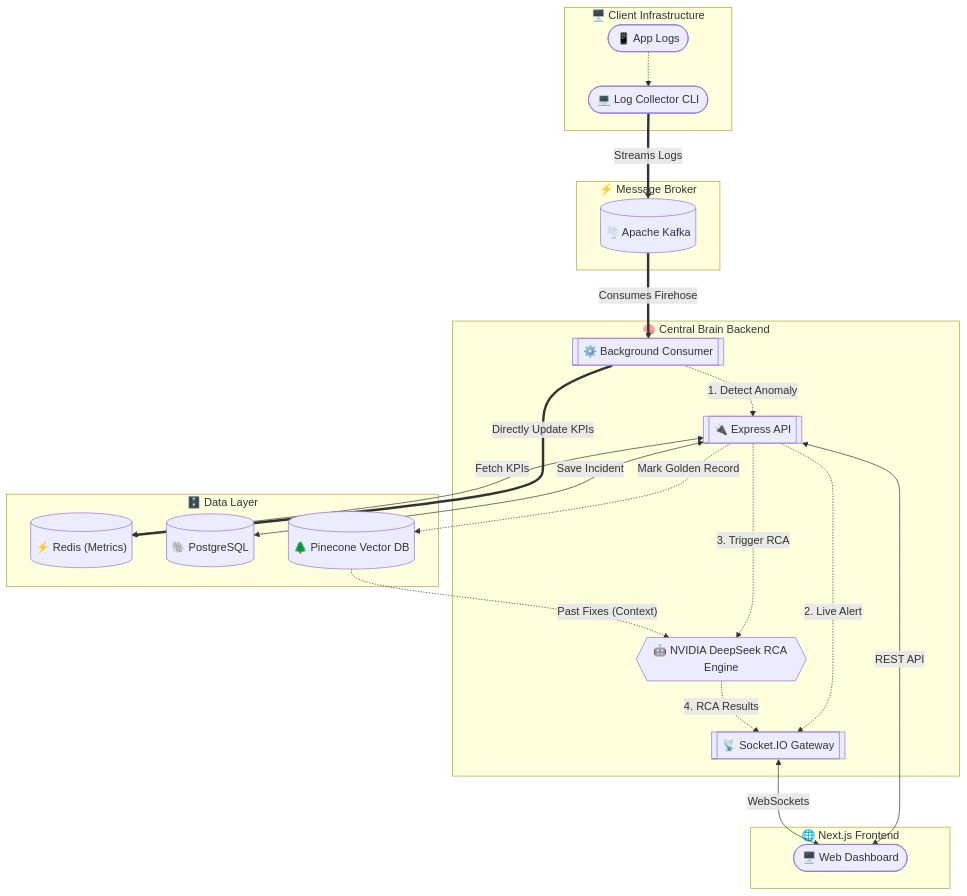
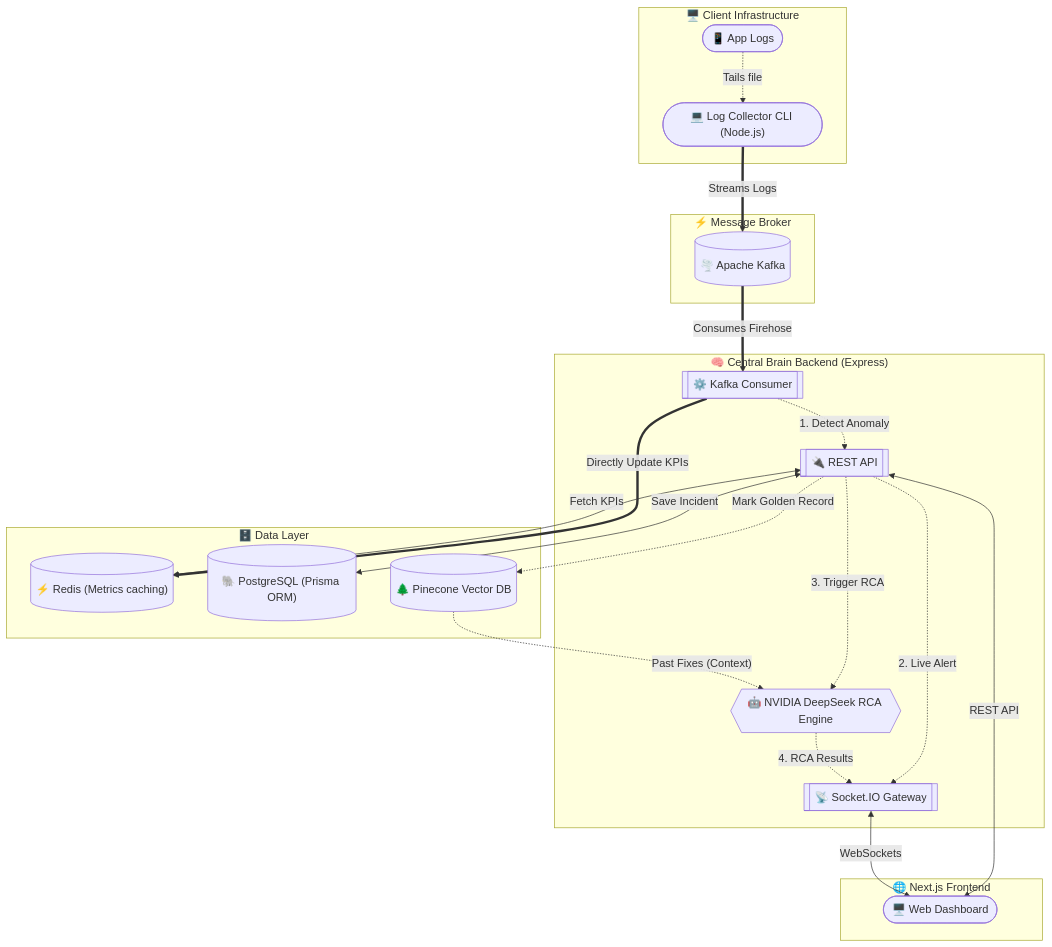
One commit to jithendrajasti/AIOPS-SENTINEL changed the first of 2 diagrams in README.md. Above: the diagram before and after it, drawn with Mermaid. The commit also changed other lines of this file, not shown here.

````diff
--- a/README.md
+++ b/README.md
@@ -34,49 +10,49 @@
 ```mermaid
 flowchart TD
     subgraph Client ["🖥️ Client Infrastructure"]
         APP(["📱 App Logs"])
-        LC(["💻 Log Collector CLI"])
-        APP -.-> LC
+        LC(["💻 Log Collector CLI (Node.js)"])
+        APP -.->|Tails file| LC
     end
 
     subgraph Broker ["⚡ Message Broker"]
         KAFKA[("🌪️ Apache Kafka")]
     end
 
-    subgraph Backend ["🧠 Central Brain Backend"]
-        CONSUMER[["⚙️ Background Consumer"]]
-        API[["🔌 Express API"]]
+    subgraph Backend ["🧠 Central Brain Backend (Express)"]
+        CONSUMER[["⚙️ Kafka Consumer"]]
+        API[["🔌 REST API"]]
         SOCKETS[["📡 Socket.IO Gateway"]]
         AI{{"🤖 NVIDIA DeepSeek RCA Engine"}}
     end
 
     subgraph DataLayer ["🗄️ Data Layer"]
-        REDIS[("⚡ Redis (Metrics)")]
-        PG[("🐘 PostgreSQL")]
+        REDIS[("⚡ Redis (Metrics caching)")]
+        PG[("🐘 PostgreSQL (Prisma ORM)")]
         PINECONE[("🌲 Pinecone Vector DB")]
     end
 
     subgraph FrontendApp ["🌐 Next.js Frontend"]
         UI(["🖥️ Web Dashboard"])
     end
 
     %% Flow
     LC ==>|"Streams Logs"| KAFKA
     
     KAFKA ==>|"Consumes Firehose"| CONSUMER
     CONSUMER -.->|"1. Detect Anomaly"| API
     CONSUMER ==>|"Directly Update KPIs"| REDIS
     
     API <-->|"Fetch KPIs"| REDIS
     API <-->|"Save Incident"| PG
     API -.->|"Mark Golden Record"| PINECONE
     
     API -.->|"2. Live Alert"| SOCKETS
     API -.->|"3. Trigger RCA"| AI
     
     PINECONE -.->|"Past Fixes (Context)"| AI
     AI -.->|"4. RCA Results"| SOCKETS
 
     API <-->|"REST API"| UI
     SOCKETS <-->|"WebSockets"| UI
 ```
````
